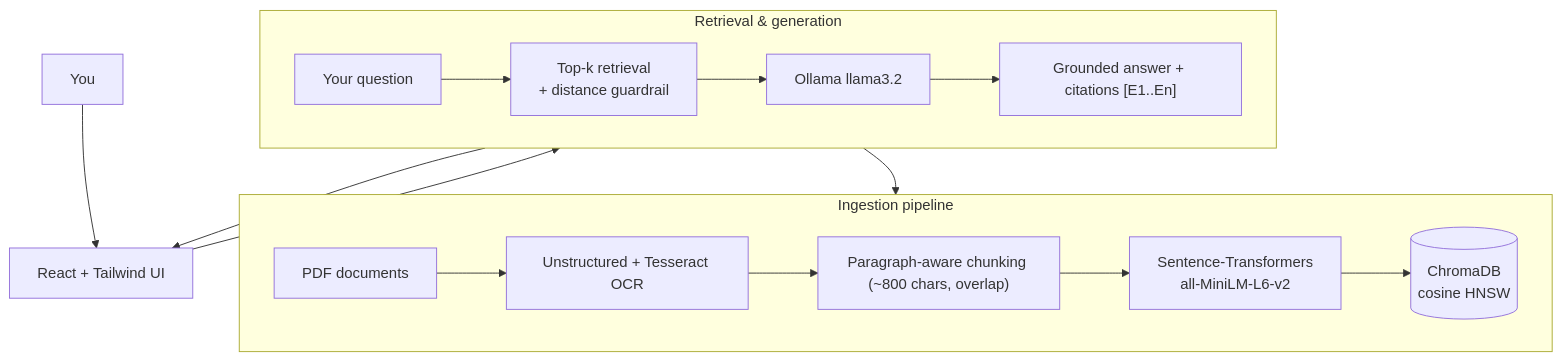
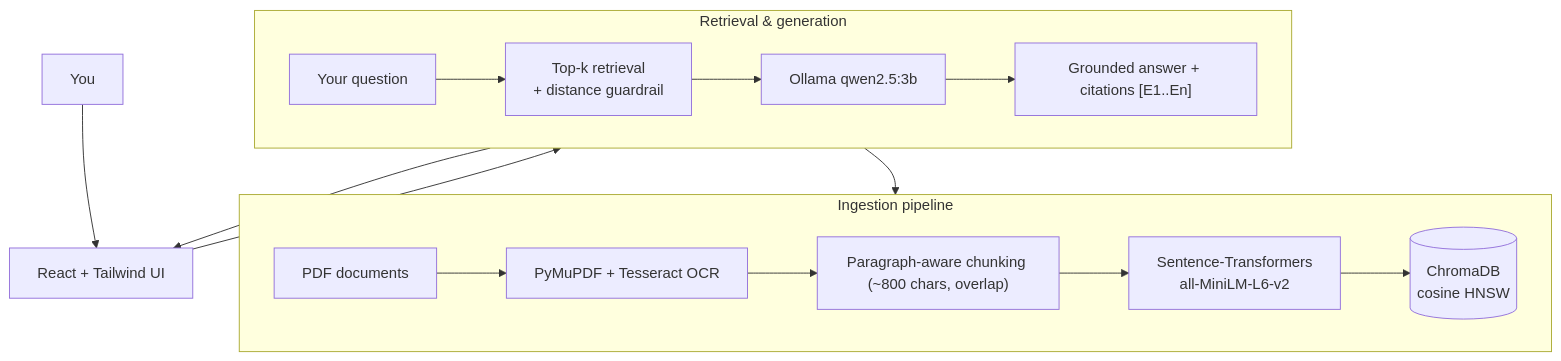
The diagram in README.md (youssefdhouib/Local-Multi-PDF-RAG-Assistant), drawn with Mermaid before and after one commit. The commit also changed other lines of this file and 21 other files, not shown here.

````diff
--- a/README.md
+++ b/README.md
@@ -59,23 +59,23 @@
 ```mermaid
 flowchart TB
     U["You"] --> UI["React + Tailwind UI"]
 
     subgraph ingest["Ingestion pipeline"]
         direction LR
-        PDF["PDF documents"] --> EXT["Unstructured + Tesseract OCR"]
+        PDF["PDF documents"] --> EXT["PyMuPDF + Tesseract OCR"]
         EXT --> CHK["Paragraph-aware chunking (~800 chars, overlap)"]
         CHK --> EMB["Sentence-Transformers<br/>all-MiniLM-L6-v2"]
         EMB --> VDB[("ChromaDB<br/>cosine HNSW")]
     end
 
     subgraph answer["Retrieval & generation"]
         direction LR
         Q["Your question"] --> RET["Top-k retrieval<br/>+ distance guardrail"]
         RET --> VDB
-        RET --> LLM["Ollama llama3.2"]
+        RET --> LLM["Ollama qwen2.5:3b"]
         LLM --> A["Grounded answer + citations [E1..En]"]
     end
 
     UI --> Q
     A --> UI
 ```
````
